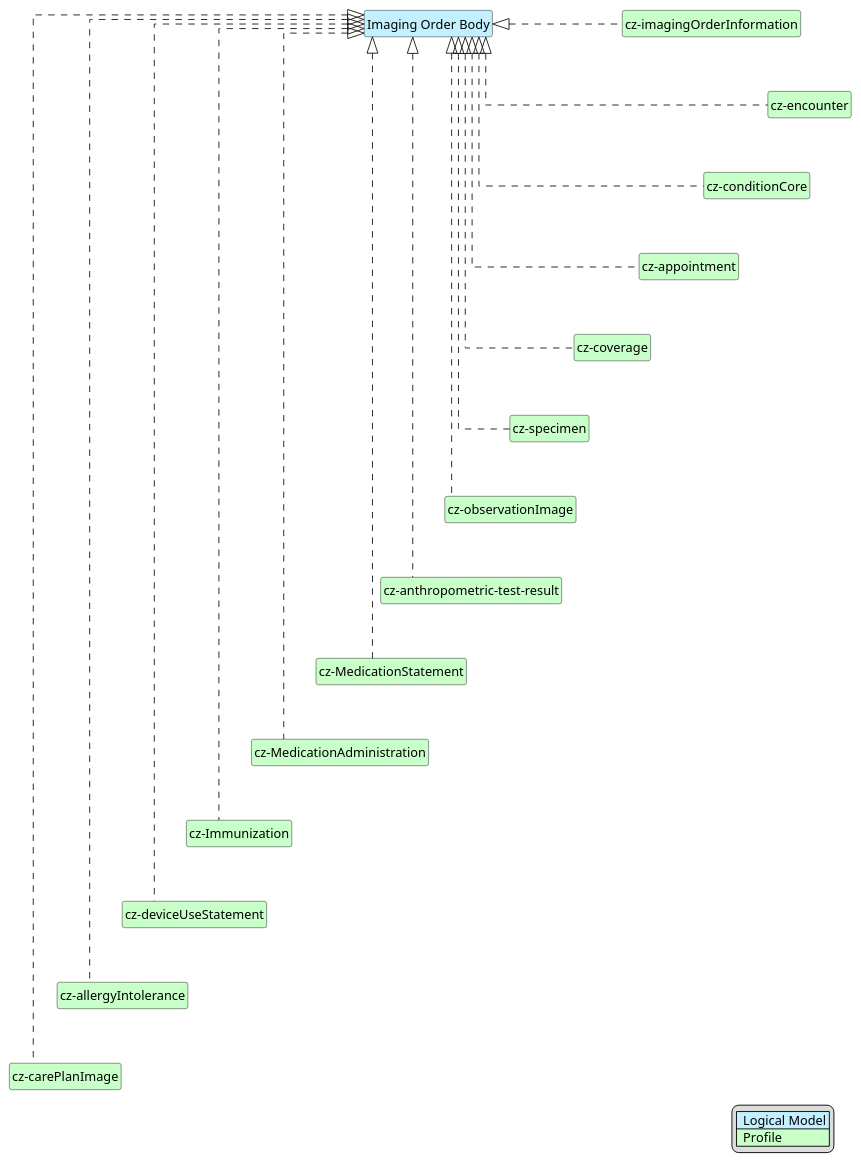
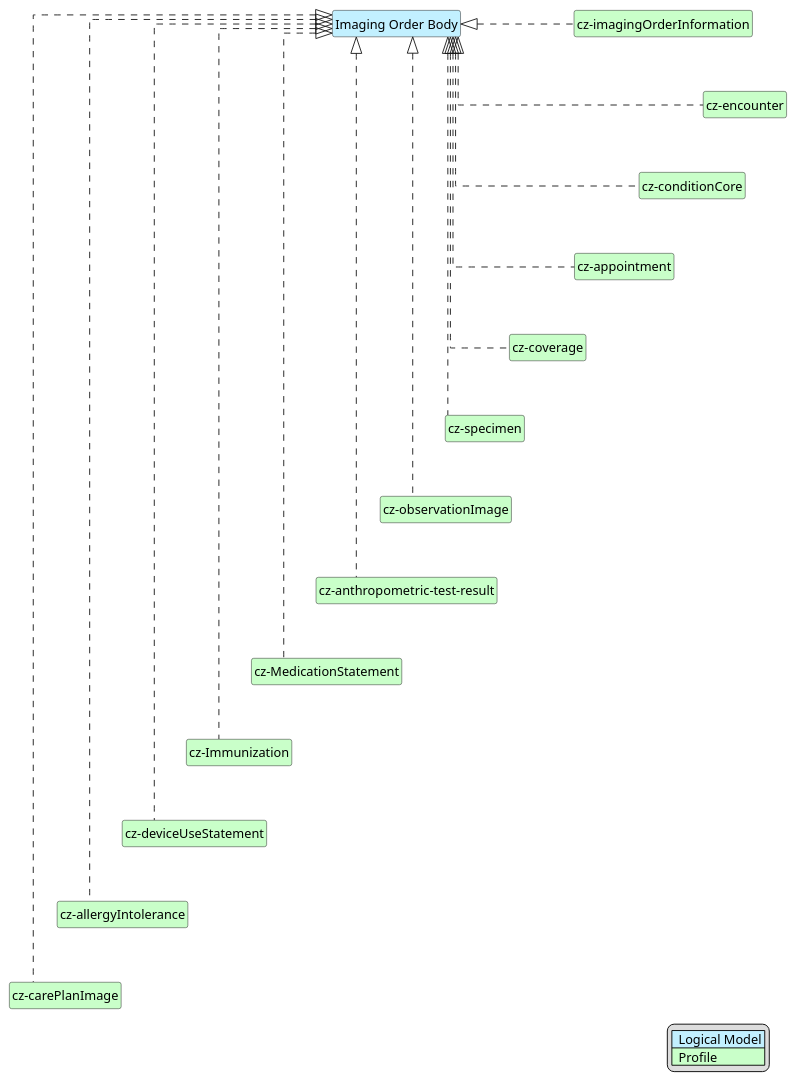
The diagram in input/images-source/imgOrderBody-map.plantuml (HL7-cz/img-order), drawn with PlantUML before and after one commit. The commit also changed 28 other files, not shown here.

```diff
--- a/input/images-source/imgOrderBody-map.plantuml
+++ b/input/images-source/imgOrderBody-map.plantuml
@@ -1,61 +1,58 @@
 @startuml
 hide circle
 hide stereotype
 hide members
 hide methods
 skinparam linetype ortho
 skinparam class {
 BackgroundColor<<LogicalModel>> #APPLICATION
 BackgroundColor<<Profile>> #TECHNOLOGY
 }
 legend right
 | <#APPLICATION>  Logical Model |
 | <#TECHNOLOGY>  Profile |
 endlegend
 class "Imaging Order Body" <<LogicalModel>> [[StructureDefinition-BodyImageOrderCz.html]]
 
 class "cz-imagingOrderInformation" <<Profile>> [[StructureDefinition-cz-imagingOrderInformation.html]]
 class "cz-conditionCore" <<Profile>> [[https://hl7.cz/fhir/core/StructureDefinition-condition-cz-core.html]]
 class "cz-encounter" <<Profile>> [[https://hl7.cz/fhir/core/StructureDefinition-cz-encounter.html]]
 class "cz-coverage" <<Profile>> [[https://hl7.cz/fhir/core/StructureDefinition-cz-coverage.html]]
 class "cz-appointment" <<Profile>> [[https://hl7.cz/fhir/core/StructureDefinition-appointment-cz-core.html]]
 class "cz-specimen" <<Profile>> [[https://hl7.cz/fhir/core/StructureDefinition-cz-specimen.html]]
 class "cz-observationImage" <<Profile>> [[StructureDefinition-cz-observationImage.html]]
 class "cz-anthropometric-test-result" <<Profile>> [[StructureDefinition-cz-anthropometric-test-result.html]]
 class "cz-MedicationStatement" <<Profile>> [[https://hl7.cz/fhir/core/StructureDefinition-medicationStatement-cz-core.html]]
-class "cz-MedicationAdministration" <<Profile>> [[https://hl7.cz/fhir/core/StructureDefinition-MedicationAdministration-cz-core.html]]
 class "cz-Immunization" <<Profile>> [[https://hl7.cz/fhir/core/StructureDefinition-immunization-cz-core.html]]
 class "cz-deviceUseStatement" <<Profile>> [[StructureDefinition-cz-deviceUseStatement.html]]
 class "cz-allergyIntolerance" <<Profile>> [[https://hl7.cz/fhir/core/StructureDefinition-allergyIntolerance-cz-core.html]]
 class "cz-carePlanImage" <<Profile>> [[https://hl7.cz/fhir/core/StructureDefinition-carePlan-cz-core.html]]
 
 "Imaging Order Body" <|. "cz-imagingOrderInformation"
 "Imaging Order Body" <|. "cz-appointment"
 "Imaging Order Body" <|. "cz-coverage"
 "Imaging Order Body" <|. "cz-conditionCore"
 "Imaging Order Body" <|. "cz-encounter"
 "Imaging Order Body" <|. "cz-specimen"
 "Imaging Order Body" <|. "cz-observationImage"
 "Imaging Order Body" <|. "cz-anthropometric-test-result"
 "Imaging Order Body" <|. "cz-MedicationStatement"
-"Imaging Order Body" <|. "cz-MedicationAdministration"
 "Imaging Order Body" <|. "cz-Immunization"
 "Imaging Order Body" <|. "cz-deviceUseStatement"
 "Imaging Order Body" <|. "cz-allergyIntolerance"
 "Imaging Order Body" <|. "cz-carePlanImage"
 
 "cz-imagingOrderInformation" -d[hidden]-> "cz-encounter"
 "cz-encounter" -d[hidden]-> "cz-conditionCore"
 "cz-conditionCore" -d[hidden]-> "cz-appointment"
 "cz-appointment" -d[hidden]-> "cz-coverage"
 "cz-coverage" -d[hidden]-> "cz-specimen"
 "cz-specimen" -d[hidden]-> "cz-observationImage"
 "cz-observationImage" -d[hidden]-> "cz-anthropometric-test-result"
 "cz-anthropometric-test-result" -d[hidden]-> "cz-MedicationStatement"
-"cz-MedicationStatement" -d[hidden]-> "cz-MedicationAdministration"
-"cz-MedicationAdministration" -d[hidden]-> "cz-Immunization"
+"cz-MedicationStatement" -d[hidden]-> "cz-Immunization"
 "cz-Immunization" -d[hidden]-> "cz-deviceUseStatement"
 "cz-deviceUseStatement" -d[hidden]-> "cz-allergyIntolerance"
 "cz-allergyIntolerance" -d[hidden]-> "cz-carePlanImage"
 
 @enduml
```
